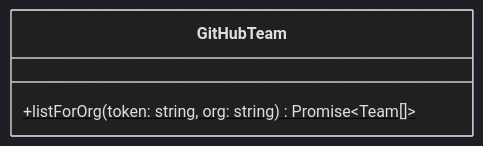
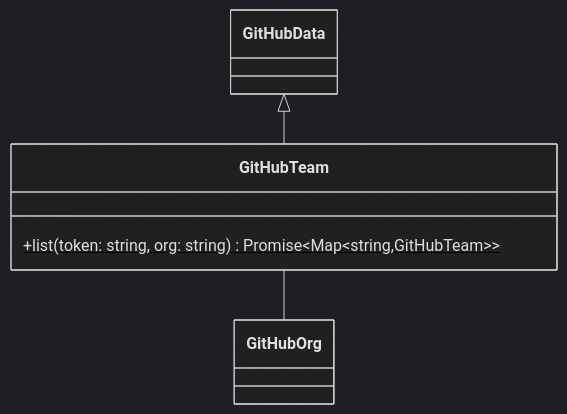
Before and after one commit to tomsdoo/github-repo: the diagram in docs/md/GitHubTeam.md, drawn with Mermaid (dark theme). The commit also changed other lines of this file and 43 other files, not shown here.

Commit message:
instance chaining with GitHubData class (#45)

````diff
--- a/docs/md/GitHubTeam.md
+++ b/docs/md/GitHubTeam.md
@@ -11,7 +3,13 @@
 ``` mermaid
 classDiagram
 
 class GitHubTeam {
-  +listForOrg(token: string, org: string) Promise~Team[]~$
+  +list(token: string, org: string) Promise~Map~string#44;GitHubTeam~~$
 }
+
+GitHubData <|-- GitHubTeam
+click GitHubData href "/#/?path=/md/GitHubData.md"
+
+GitHubTeam -- GitHubOrg
+click GitHubOrg href "/#/?path=/md/GitHubOrg.md"
 ```
````
